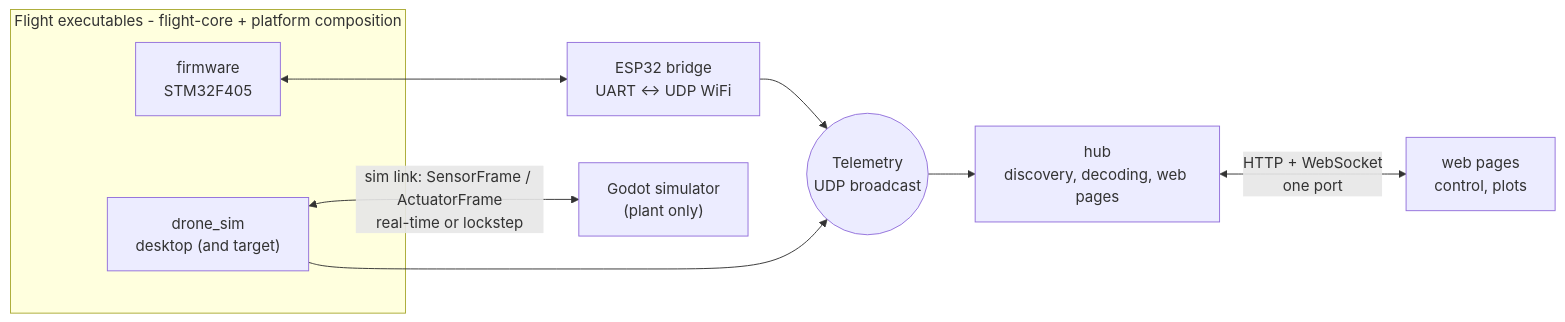
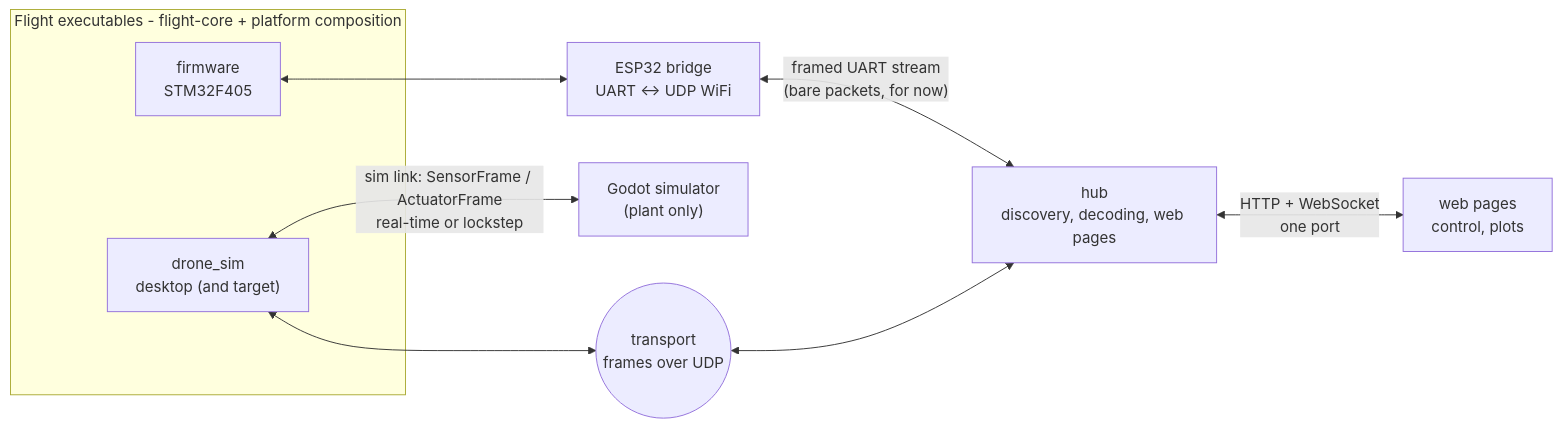
One commit to Keyrim/drone-mark4 changed the first of 2 diagrams in docs/architecture.md. Above: the diagram before and after it, drawn with Mermaid. The commit also changed other lines of this file and 10 other files, not shown here.

````diff
--- a/docs/architecture.md
+++ b/docs/architecture.md
@@ -9,20 +9,20 @@
 ```mermaid
 flowchart LR
     subgraph flight["Flight executables - flight-core + platform composition"]
         FW["firmware<br/>STM32F405"]
         DS["drone_sim<br/>desktop (and target)"]
     end
 
     ESP["ESP32 bridge<br/>UART <-> UDP WiFi"]
     GODOT["Godot simulator<br/>(plant only)"]
     HUB["hub<br/>discovery, decoding, web pages"]
     PAGES["web pages<br/>control, plots"]
-    BUS(("Telemetry<br/>UDP broadcast"))
+    BUS(("transport<br/>frames over UDP"))
 
     FW <--> ESP
     DS <-->|"sim link: SensorFrame / ActuatorFrame<br/>real-time or lockstep"| GODOT
-    ESP --> BUS
-    DS --> BUS
-    BUS --> HUB
+    ESP <-->|"framed UART stream<br/>(bare packets, for now)"| HUB
+    DS <--> BUS
+    BUS <--> HUB
     HUB <-->|"HTTP + WebSocket<br/>one port"| PAGES
 ```
````
